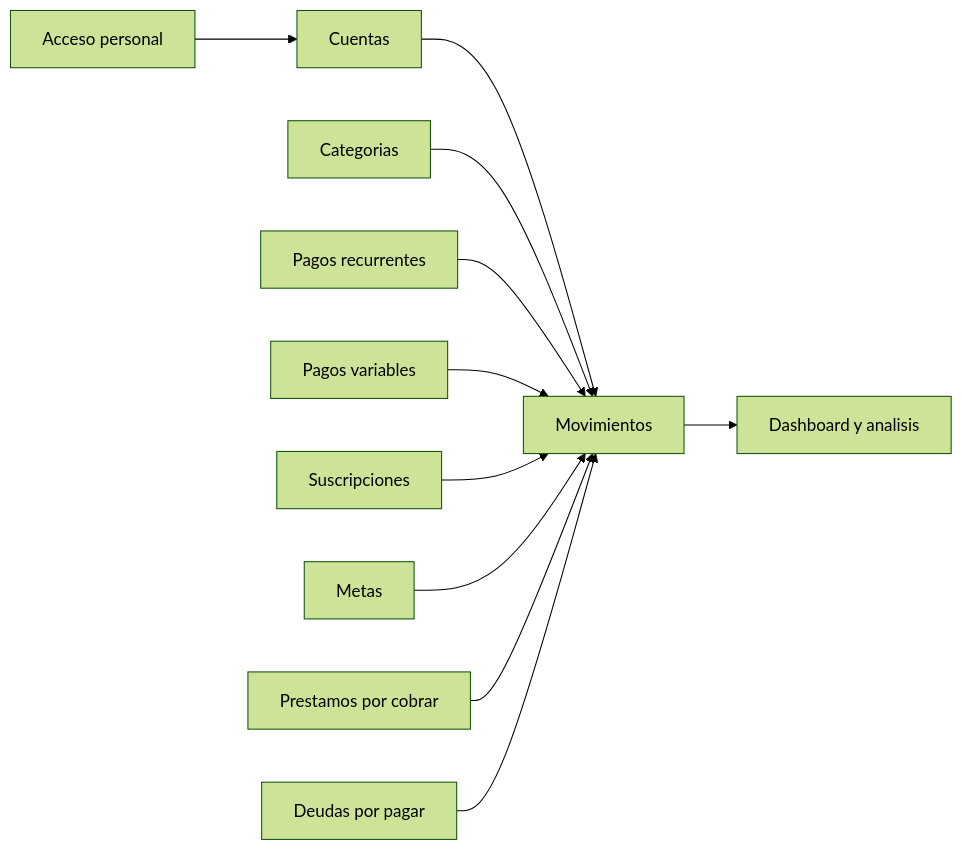
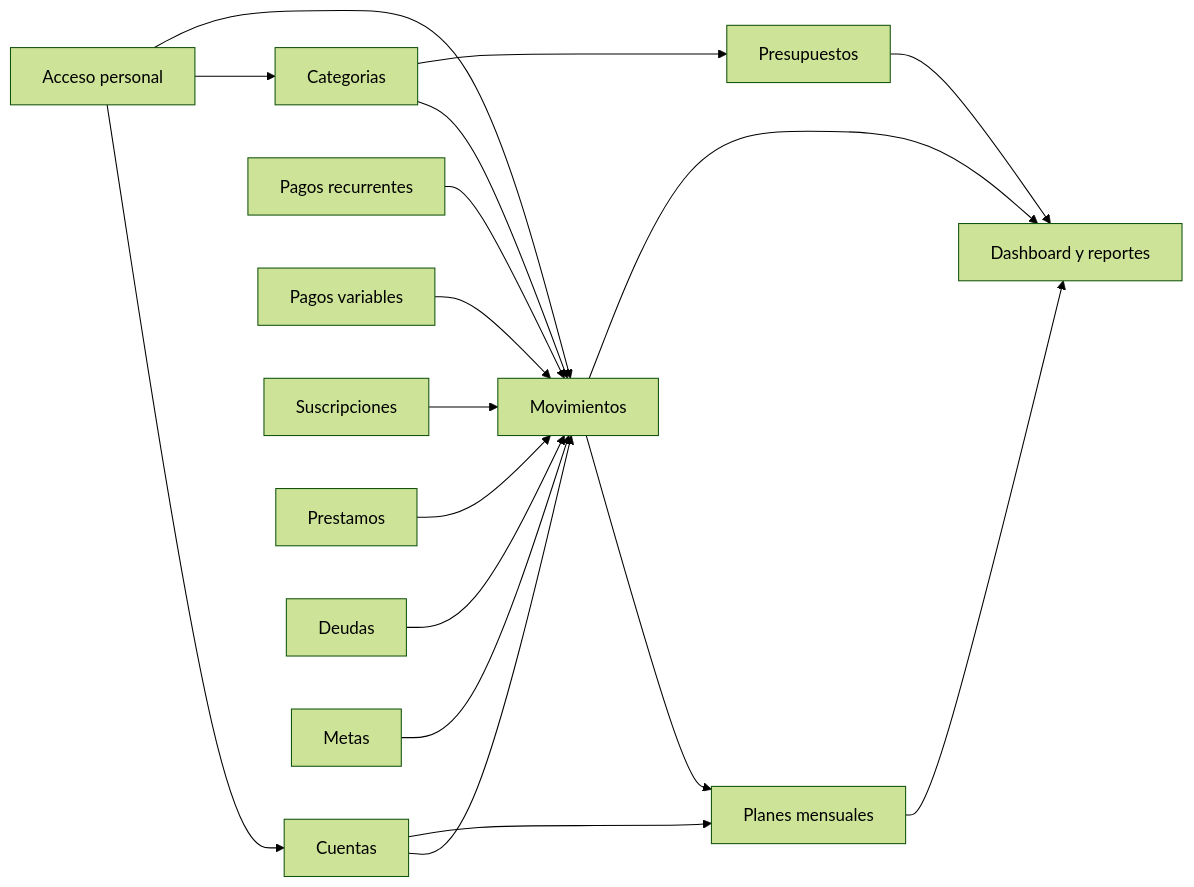
One commit to Financial-Intelligence/app-finanzas-documentacion changed the first of 2 diagrams in docs/diagrams/uml/README.md. Above: the diagram before and after it, drawn with Mermaid (forest theme). The commit also changed other lines of this file and 32 other files, not shown here.

````diff
--- a/docs/diagrams/uml/README.md
+++ b/docs/diagrams/uml/README.md
@@ -25,25 +7,34 @@
 ```mermaid
 flowchart LR
-    Acceso[Acceso personal]
-    Cuentas[Cuentas]
-    Movimientos[Movimientos]
-    Categorias[Categorias]
-    Recurrentes[Pagos recurrentes]
+    Auth[Acceso personal]
+    Accounts[Cuentas]
+    Categories[Categorias]
+    Movements[Movimientos]
+    Recurring[Pagos recurrentes]
     Variables[Pagos variables]
-    Suscripciones[Suscripciones]
-    Metas[Metas]
-    Prestamos[Prestamos por cobrar]
-    Deudas[Deudas por pagar]
-    Dashboard[Dashboard y analisis]
+    Subscriptions[Suscripciones]
+    Loans[Prestamos]
+    Debts[Deudas]
+    Goals[Metas]
+    Budgets[Presupuestos]
+    MonthlyPlans[Planes mensuales]
+    Dashboard[Dashboard y reportes]
 
-    Acceso --> Cuentas
-    Cuentas --> Movimientos
-    Categorias --> Movimientos
-    Recurrentes --> Movimientos
-    Variables --> Movimientos
-    Suscripciones --> Movimientos
-    Metas --> Movimientos
-    Prestamos --> Movimientos
-    Deudas --> Movimientos
-    Movimientos --> Dashboard
+    Auth --> Accounts
+    Auth --> Categories
+    Auth --> Movements
+    Accounts --> Movements
+    Categories --> Movements
+    Recurring --> Movements
+    Variables --> Movements
+    Subscriptions --> Movements
+    Loans --> Movements
+    Debts --> Movements
+    Goals --> Movements
+    Categories --> Budgets
+    Accounts --> MonthlyPlans
+    Movements --> MonthlyPlans
+    Movements --> Dashboard
+    Budgets --> Dashboard
+    MonthlyPlans --> Dashboard
 ```
````
